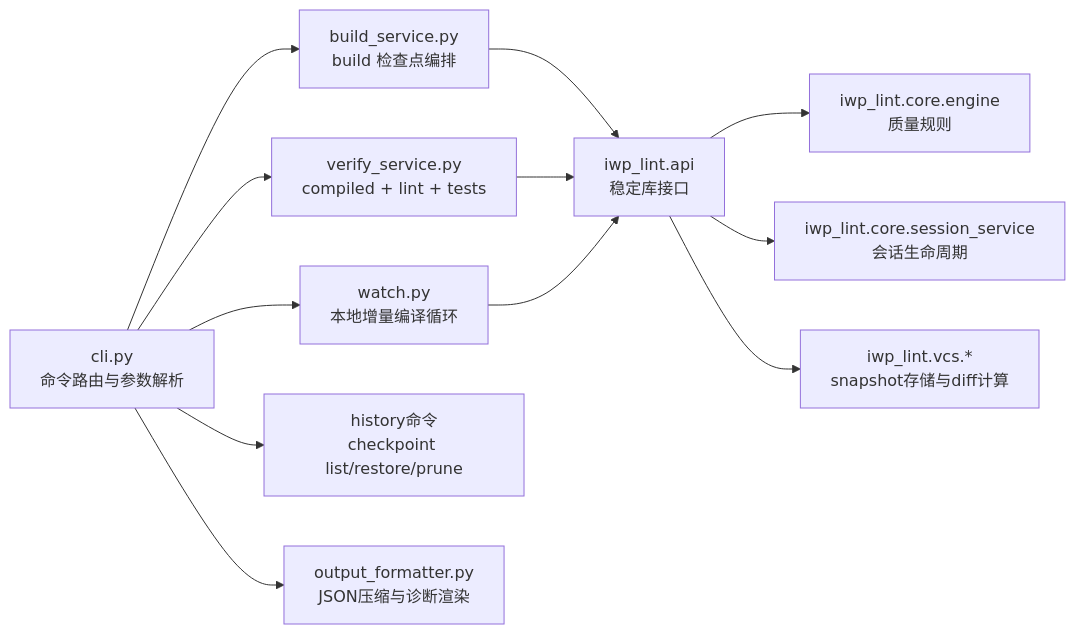
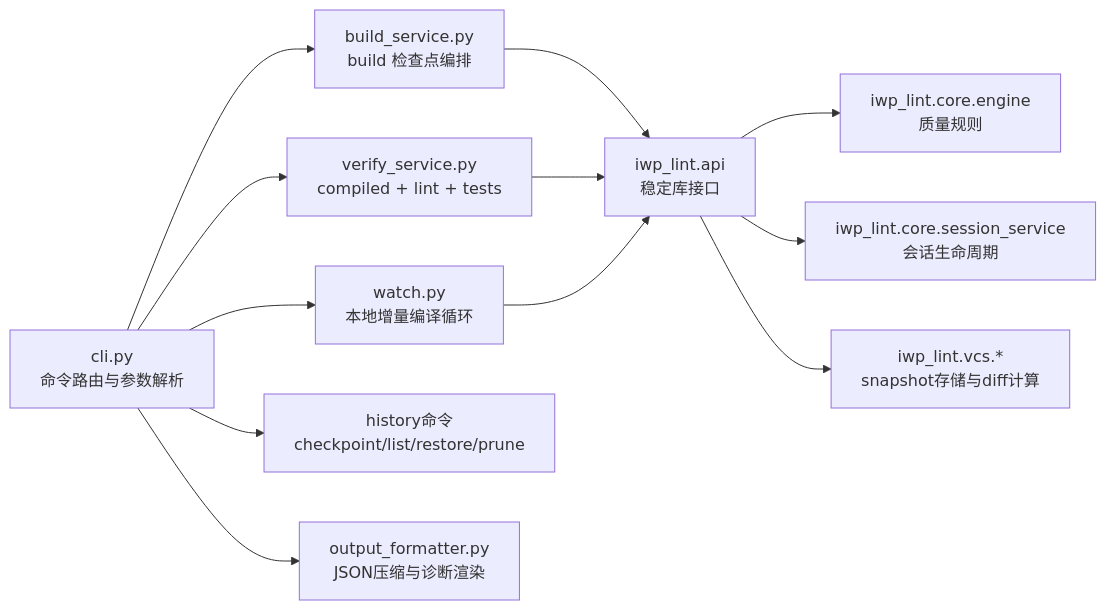
The first of 6 diagrams in iwp_build/ARCHITECTURE.md (InstructWare/iwp-tools), drawn with Mermaid before and after one commit. The commit also changed other lines of this file and 29 other files, not shown here.

````diff
--- a/iwp_build/ARCHITECTURE.md
+++ b/iwp_build/ARCHITECTURE.md
@@ -20,16 +20,16 @@
 ```mermaid
 flowchart LR
   CLI["cli.py\n命令路由与参数解析"] --> BS["build_service.py\nbuild 检查点编排"]
   CLI --> VS["verify_service.py\ncompiled + lint + tests"]
   CLI --> WS["watch.py\n本地增量编译循环"]
-  CLI --> HS["history命令\ncheckpoint list/restore/prune"]
+  CLI --> HS["history命令\ncheckpoint/list/restore/prune"]
   CLI --> OF["output_formatter.py\nJSON压缩与诊断渲染"]
 
   BS --> API["iwp_lint.api\n稳定库接口"]
   VS --> API
   WS --> API
 
   API --> LINTENG["iwp_lint.core.engine\n质量规则"]
   API --> SESSION["iwp_lint.core.session_service\n会话生命周期"]
   API --> SNAP["iwp_lint.vcs.*\nsnapshot存储与diff计算"]
 ```
````
